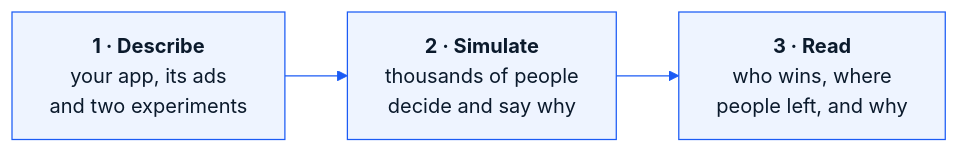
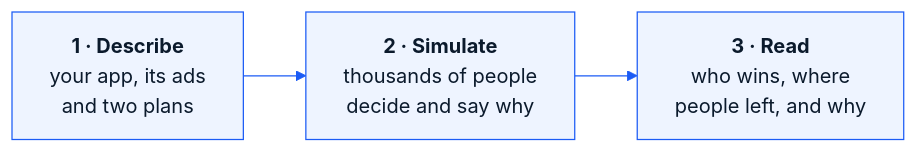
Before and after one commit to tokyosini573/META-Global-AI-Developer-Hackathon: the first of 2 diagrams in README.md, drawn with Mermaid. The commit also changed other lines of this file and 3 other files, not shown here.

````diff
--- a/README.md
+++ b/README.md
@@ -44,5 +37,5 @@
 ```mermaid
 %%{init: {'theme': 'base', 'themeVariables': {'primaryColor': '#EEF4FF', 'primaryBorderColor': '#1B5BF5', 'primaryTextColor': '#0B1A2C', 'lineColor': '#1B5BF5'}}}%%
 flowchart LR
-    A["<b>1 · Describe</b><br/>your app, its ads<br/>and two experiments"] --> B["<b>2 · Simulate</b><br/>thousands of people<br/>decide and say why"] --> C["<b>3 · Read</b><br/>who wins, where<br/>people left, and why"]
+    A["<b>1 · Describe</b><br/>your app, its ads<br/>and two plans"] --> B["<b>2 · Simulate</b><br/>thousands of people<br/>decide and say why"] --> C["<b>3 · Read</b><br/>who wins, where<br/>people left, and why"]
 ```
````
